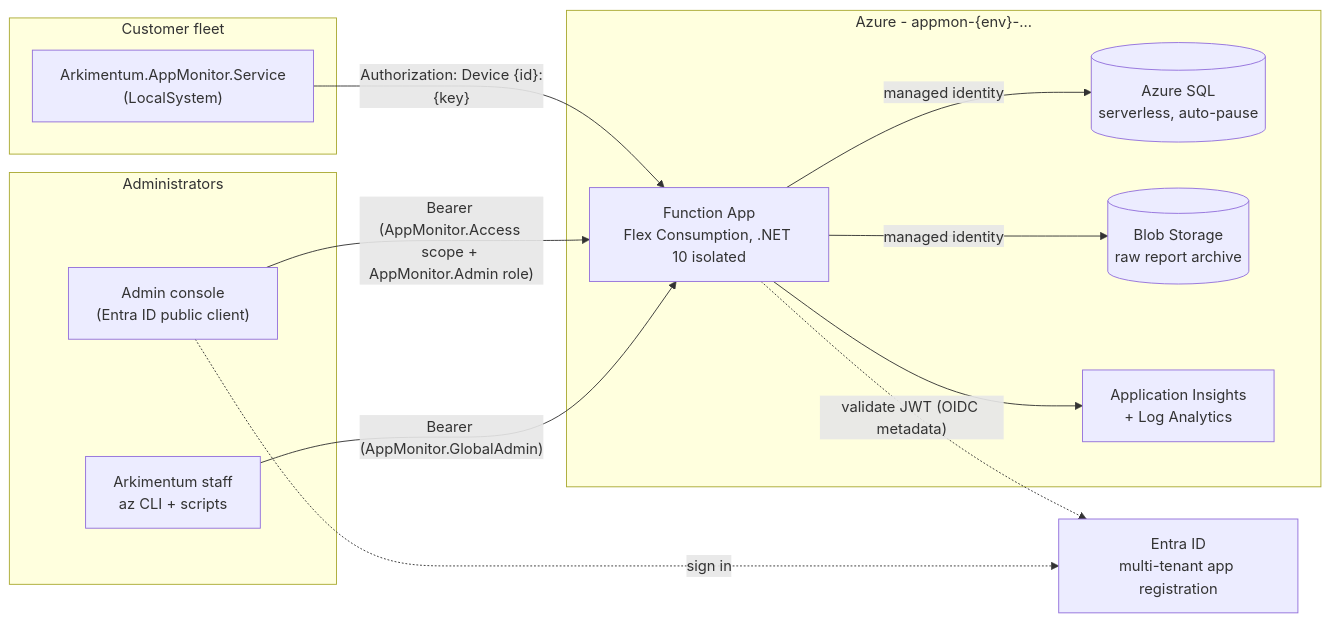
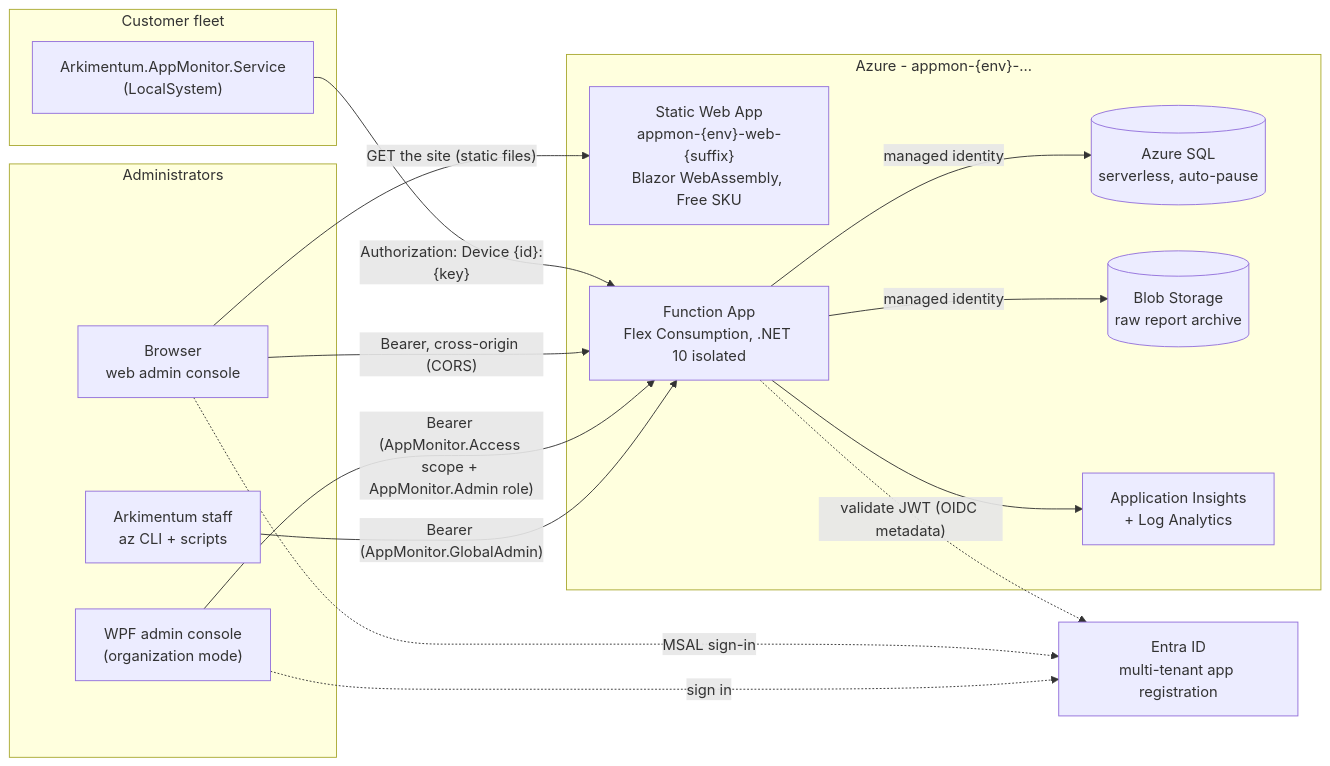
One commit to woodyard/AppMonitor changed the diagram in cloud/README.md. Above: the diagram before and after it, drawn with Mermaid. The commit also changed other lines of this file and 99 other files, not shown here.

First line of the commit message:
Browser admin console on Azure Static Web Apps; WPF local mode deprecated

````diff
--- a/cloud/README.md
+++ b/cloud/README.md
@@ -24,26 +25,31 @@
 ```mermaid
 flowchart LR
     subgraph Fleet["Customer fleet"]
         SVC["Arkimentum.AppMonitor.Service<br/>(LocalSystem)"]
     end
     subgraph Operator["Administrators"]
-        CONSOLE["Admin console<br/>(Entra ID public client)"]
+        BROWSER["Browser<br/>web admin console"]
+        WPF["WPF admin console<br/>(organization mode)"]
         OPS["Arkimentum staff<br/>az CLI + scripts"]
     end
     subgraph Azure["Azure - appmon-{env}-..."]
+        SWA["Static Web App<br/>appmon-{env}-web-{suffix}<br/>Blazor WebAssembly, Free SKU"]
         FUNC["Function App<br/>Flex Consumption, .NET 10 isolated"]
         SQL[("Azure SQL<br/>serverless, auto-pause")]
         BLOB[("Blob Storage<br/>raw report archive")]
         AI["Application Insights<br/>+ Log Analytics"]
     end
     ENTRA["Entra ID<br/>multi-tenant app registration"]
 
     SVC -- "Authorization: Device {id}:{key}" --> FUNC
-    CONSOLE -- "Bearer (AppMonitor.Access scope + AppMonitor.Admin role)" --> FUNC
+    BROWSER -- "GET the site (static files)" --> SWA
+    BROWSER -- "Bearer, cross-origin (CORS)" --> FUNC
+    WPF -- "Bearer (AppMonitor.Access scope + AppMonitor.Admin role)" --> FUNC
     OPS -- "Bearer (AppMonitor.GlobalAdmin)" --> FUNC
-    CONSOLE -. "sign in" .-> ENTRA
+    BROWSER -. "MSAL sign-in" .-> ENTRA
+    WPF -. "sign in" .-> ENTRA
     FUNC -. "validate JWT (OIDC metadata)" .-> ENTRA
     FUNC -- "managed identity" --> SQL
     FUNC -- "managed identity" --> BLOB
     FUNC --> AI
 ```
````
